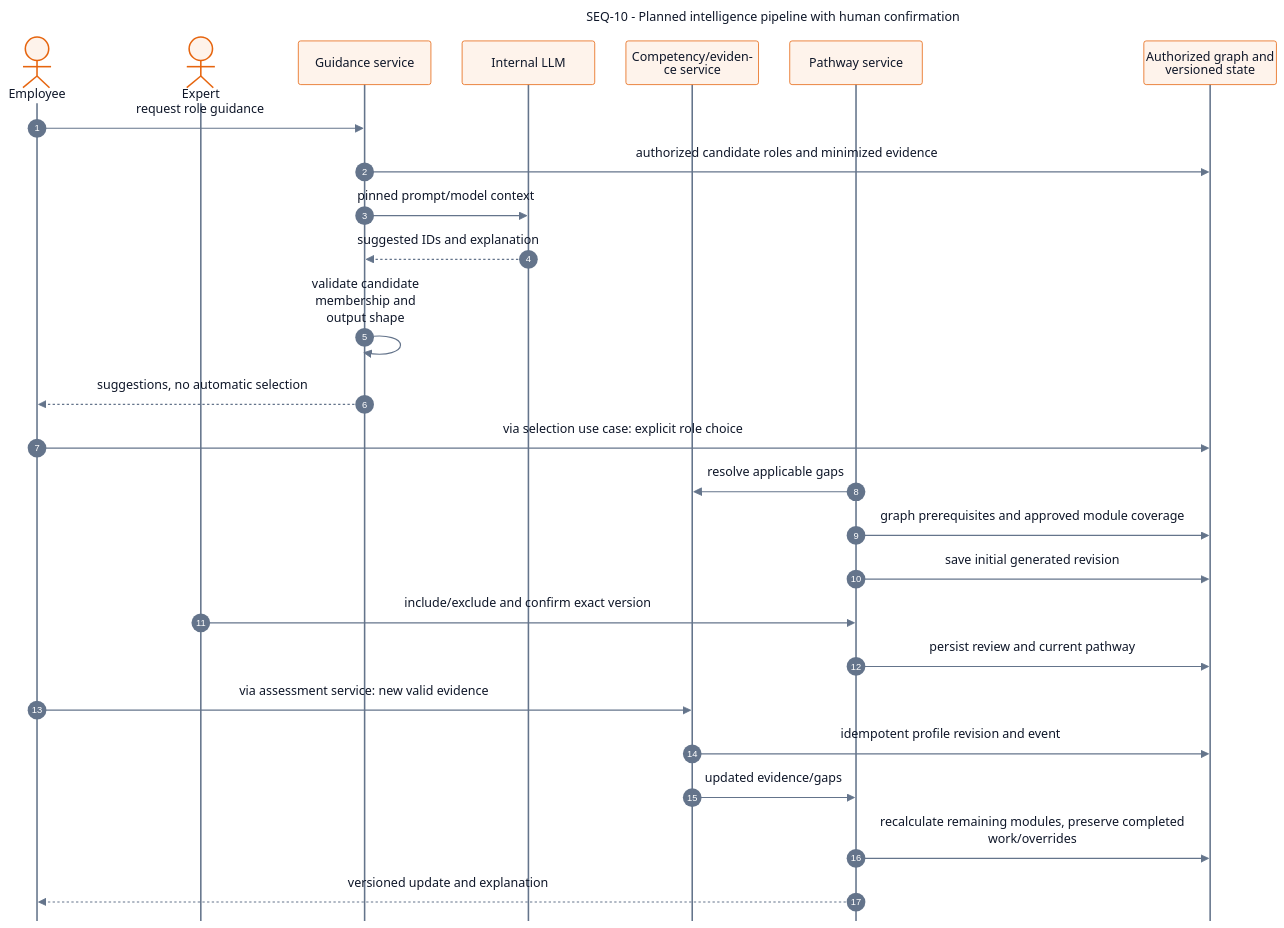
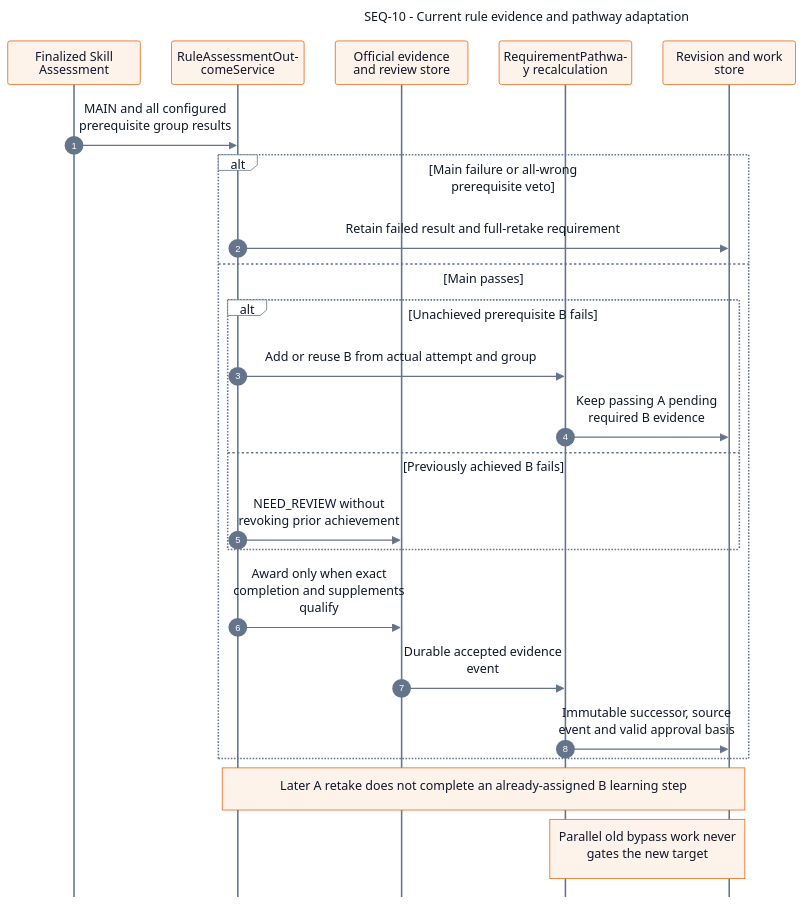
The diagram in documents/diagrams/mermaid/seq-10.mmd (SEP490-Fall-2026-GFA26SE64/SEP490), drawn with Mermaid before and after one commit. The commit also changed 233 other files, not shown here.

First line of the commit message:
docs: align adaptive flow contracts and diagrams

```diff
--- a/documents/diagrams/mermaid/seq-10.mmd
+++ b/documents/diagrams/mermaid/seq-10.mmd
@@ -1,30 +1,28 @@
 ---
-title: "SEQ-10 - Planned intelligence pipeline with human confirmation"
+title: "SEQ-10 - Current rule evidence and pathway adaptation"
 config: {"theme":"base","fontFamily":"Segoe UI, Arial, sans-serif","themeVariables":{"fontFamily":"Segoe UI, Arial, sans-serif","fontSize":"16px","primaryColor":"#ffffff","primaryTextColor":"#0f1729","primaryBorderColor":"#64748b","secondaryColor":"#fef3eb","tertiaryColor":"#ffffff","lineColor":"#64748b","textColor":"#0f1729","mainBkg":"#ffffff","background":"#ffffff","clusterBkg":"#ffffff","clusterBorder":"#64748b","edgeLabelBackground":"#ffffff","titleColor":"#0f1729","noteBkgColor":"#fef3eb","noteTextColor":"#0f1729","noteBorderColor":"#e6650f","actorBkg":"#fef3eb","actorBorder":"#e6650f","actorTextColor":"#0f1729","actorLineColor":"#64748b","signalColor":"#64748b","signalTextColor":"#0f1729","labelBoxBkgColor":"#ffffff","labelBoxBorderColor":"#64748b","labelTextColor":"#0f1729","loopTextColor":"#0f1729","activationBkgColor":"#fef3eb","activationBorderColor":"#e6650f","sequenceNumberColor":"#ffffff","secondaryBorderColor":"#64748b","tertiaryBorderColor":"#64748b","secondaryTextColor":"#0f1729","tertiaryTextColor":"#0f1729"},"sequence":{"actorMargin":40,"width":170,"height":56,"diagramMarginX":24,"diagramMarginY":24,"boxMargin":12,"boxTextMargin":8,"noteMargin":16,"messageMargin":38,"mirrorActors":false,"wrap":true,"wrapPadding":12,"actorFontSize":15,"messageFontSize":14,"noteFontSize":14,"actorFontFamily":"Segoe UI, Arial, sans-serif","messageFontFamily":"Segoe UI, Arial, sans-serif","noteFontFamily":"Segoe UI, Arial, sans-serif"},"themeCSS":".actor-line { stroke-width: 1px; }"}
 ---
+
 sequenceDiagram
   autonumber
-  actor SDD_SEQ_10_Employee as Employee
-  actor SDD_SEQ_10_Expert as Expert
-  participant SDD_SEQ_10_Guidance as Guidance service
-  participant SDD_SEQ_10_LLM as Internal LLM
-  participant SDD_SEQ_10_Mastery as Competency/evidence service
-  participant SDD_SEQ_10_Pathway as Pathway service
-  participant SDD_SEQ_10_DB as Authorized graph and<br/>versioned state
-  SDD_SEQ_10_Employee->>SDD_SEQ_10_Guidance: request role guidance
-  SDD_SEQ_10_Guidance->>SDD_SEQ_10_DB: authorized candidate roles and minimized evidence
-  SDD_SEQ_10_Guidance->>SDD_SEQ_10_LLM: pinned prompt/model context
-  SDD_SEQ_10_LLM-->>SDD_SEQ_10_Guidance: suggested IDs and explanation
-  SDD_SEQ_10_Guidance->>SDD_SEQ_10_Guidance: validate candidate membership and output shape
-  SDD_SEQ_10_Guidance-->>SDD_SEQ_10_Employee: suggestions, no automatic selection
-  SDD_SEQ_10_Employee->>SDD_SEQ_10_DB: via selection use case: explicit role choice
-  SDD_SEQ_10_Pathway->>SDD_SEQ_10_Mastery: resolve applicable gaps
-  SDD_SEQ_10_Pathway->>SDD_SEQ_10_DB: graph prerequisites and approved module coverage
-  SDD_SEQ_10_Pathway->>SDD_SEQ_10_DB: save initial generated revision
-  SDD_SEQ_10_Expert->>SDD_SEQ_10_Pathway: include/exclude and confirm exact version
-  SDD_SEQ_10_Pathway->>SDD_SEQ_10_DB: persist review and current pathway
-  SDD_SEQ_10_Employee->>SDD_SEQ_10_Mastery: via assessment service: new valid evidence
-  SDD_SEQ_10_Mastery->>SDD_SEQ_10_DB: idempotent profile revision and event
-  SDD_SEQ_10_Mastery->>SDD_SEQ_10_Pathway: updated evidence/gaps
-  SDD_SEQ_10_Pathway->>SDD_SEQ_10_DB: recalculate remaining modules, preserve completed<br/>work/overrides
-  SDD_SEQ_10_Pathway-->>SDD_SEQ_10_Employee: versioned update and explanation
+  participant Attempt as Finalized Skill Assessment
+  participant Outcome as RuleAssessmentOutcomeService
+  participant Evidence as Official evidence and review store
+  participant Pathway as RequirementPathway recalculation
+  participant PG as Revision and work store
+  Attempt->>Outcome: MAIN and all configured prerequisite group results
+  alt Main failure or all-wrong prerequisite veto
+    Outcome->>PG: Retain failed result and full-retake requirement
+  else Main passes
+    alt Unachieved prerequisite B fails
+      Outcome->>Pathway: Add or reuse B from actual attempt and group
+      Pathway->>PG: Keep passing A pending required B evidence
+    else Previously achieved B fails
+      Outcome->>Evidence: NEED_REVIEW without revoking prior achievement
+    end
+    Outcome->>Evidence: Award only when exact completion and supplements qualify
+    Evidence->>Pathway: Durable accepted evidence event
+    Pathway->>PG: Immutable successor, source event and valid approval basis
+  end
+  Note over Outcome,PG: Later A retake does not complete an already-assigned B learning step
+  Note over Pathway,PG: Parallel old bypass work never gates the new target
```
